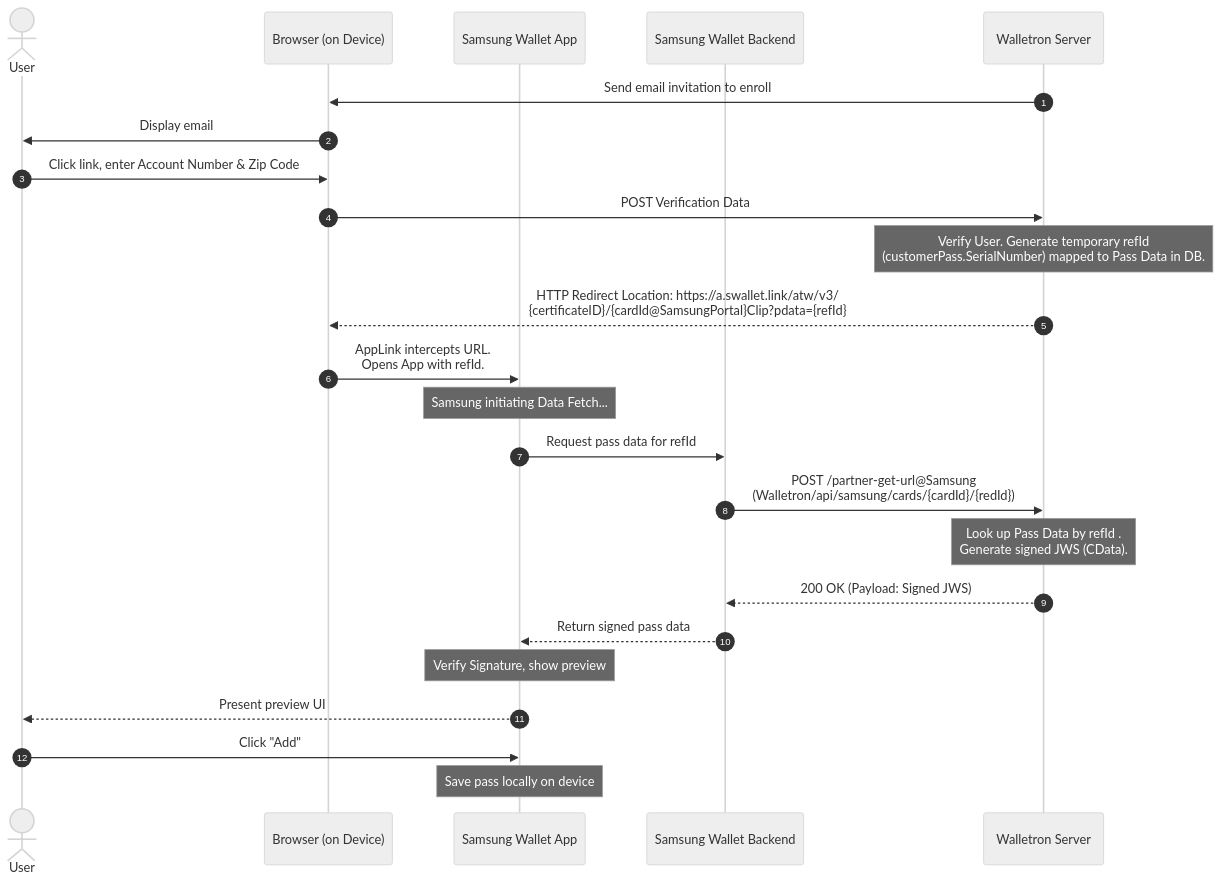
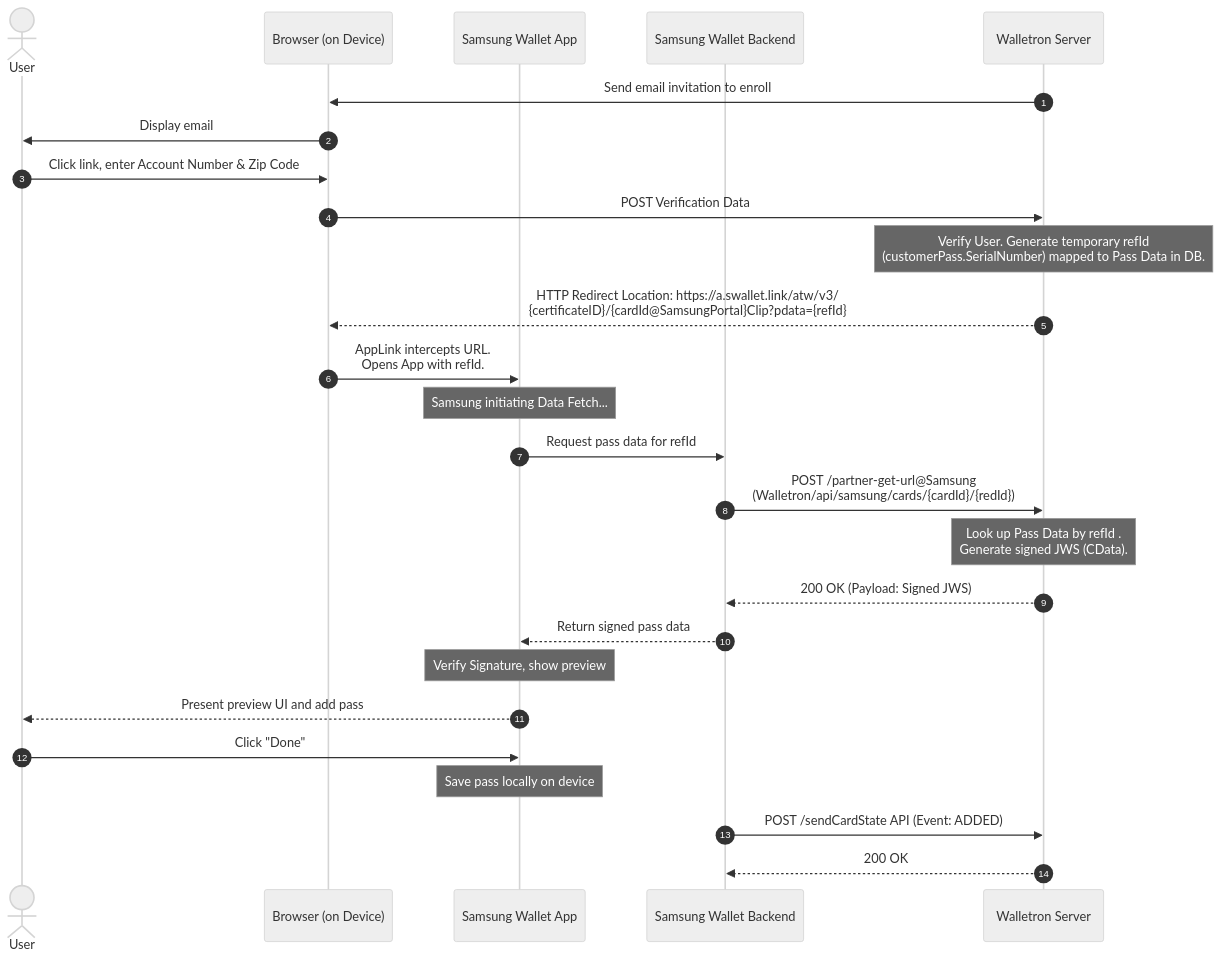
The diagram in SamsungPass.md (SandeepHooda/sequence-diagrams-uml), drawn with Mermaid (neutral theme) before and after one commit.

Commit message:
Enhance pass addition flow in SamsungPass
Updated the process for adding a pass to include a confirmation step.

````diff
--- a/SamsungPass.md
+++ b/SamsungPass.md
@@ -1,38 +1,42 @@
 ```mermaid
 sequenceDiagram
     autonumber
     actor User
     participant Browser as Browser (on Device)
     participant SamsungApp as Samsung Wallet App
     participant SamsungBack as Samsung Wallet Backend
     participant Walletron as Walletron Server
 
     %% Steps 1 & 2: User Verification (Same as before)
     Walletron->>Browser: Send email invitation to enroll
     Browser->>User: Display email
     User->>Browser: Click link, enter Account Number & Zip Code
     Browser->>Walletron: POST Verification Data
 
     %% Step 3: Reference Token Generation
     Note over Walletron: Verify User. Generate temporary refId <br/> (customerPass.SerialNumber) mapped to Pass Data in DB.
 
     %% Step 4: Redirect with refId
     Walletron-->>Browser: HTTP Redirect Location: https://a.swallet.link/atw/v3/<br/>{certificateID}/{cardId@SamsungPortal}Clip?pdata={refId}
 
     %% Step 5: AppLink Intercept
     Browser->>SamsungApp: AppLink intercepts URL.<br/>Opens App with refId.
 
     %% Step 6: The Data Fetch (Server-to-Server)
     Note over SamsungApp: Samsung initiating Data Fetch...
     SamsungApp->>SamsungBack: Request pass data for refId
     SamsungBack->>Walletron: POST /partner-get-url@Samsung <br/>(Walletron/api/samsung/cards/{cardId}/{redId})
     Note over Walletron: Look up Pass Data by refId .<br/>Generate signed JWS (CData).
     Walletron-->>SamsungBack: 200 OK (Payload: Signed JWS)
     SamsungBack-->>SamsungApp: Return signed pass data
 
     %% Step 7: Save to Wallet
     Note over SamsungApp: Verify Signature, show preview
-    SamsungApp-->>User: Present preview UI
-    User->>SamsungApp: Click "Add"
+    SamsungApp-->>User: Present preview UI and add pass
+    User->>SamsungApp: Click "Done"
     Note over SamsungApp: Save pass locally on device
+
+    %% Step 8: Final Callback (Async Webhook)
+    SamsungBack->>Walletron: POST /sendCardState API (Event: ADDED)
+    Walletron-->>SamsungBack: 200 OK
 ```
````
